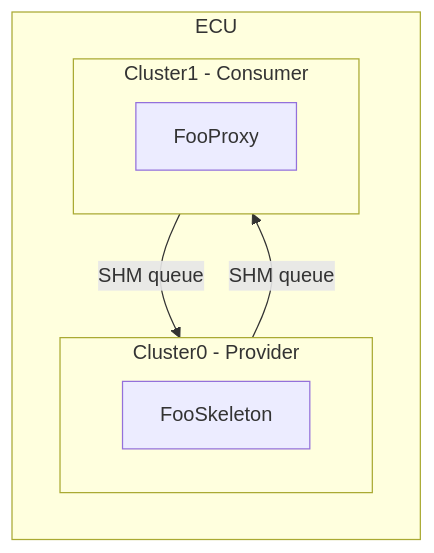
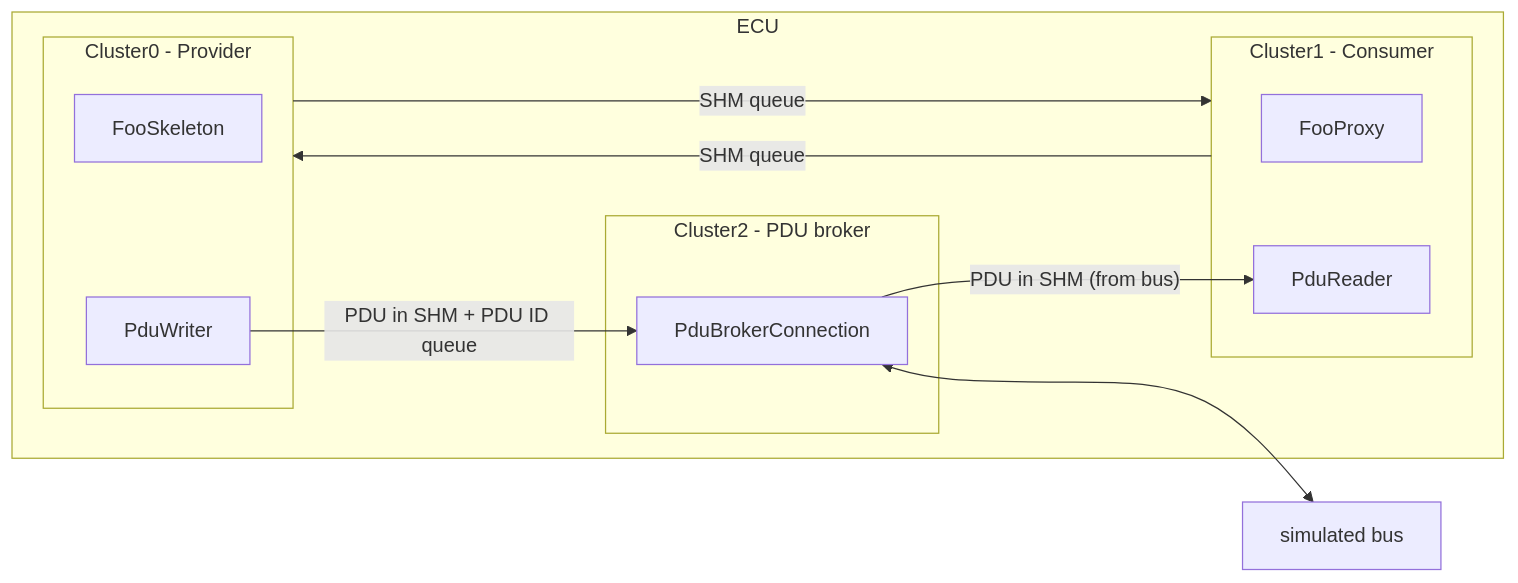
The diagram in libs/bsw/middleware/simulation/docs/README.md (eclipse-openbsw/openbsw), drawn with Mermaid before and after one commit. The commit also changed other lines of this file and 42 other files, not shown here.

First line of the commit message:
Implement PDU broker

````diff
--- a/libs/bsw/middleware/simulation/docs/README.md
+++ b/libs/bsw/middleware/simulation/docs/README.md
@@ -66,15 +68,25 @@
 ```mermaid
 graph LR
     subgraph ECU
         subgraph Cluster0[Cluster0 - Provider]
             FooSkeleton
+            PduWriter
         end
 
         subgraph Cluster1[Cluster1 - Consumer]
             FooProxy
+            PduReader
+        end
+
+        subgraph Cluster2[Cluster2 - PDU broker]
+            PduBrokerConnection
         end
 
         Cluster0 -- SHM queue --> Cluster1
         Cluster1 -- SHM queue --> Cluster0
+        PduWriter -- "PDU in SHM + PDU ID queue" --> PduBrokerConnection
+        PduBrokerConnection -- "PDU in SHM (from bus)" --> PduReader
     end
+
+    PduBrokerConnection <--> Bus["simulated bus"]
 ```
````
